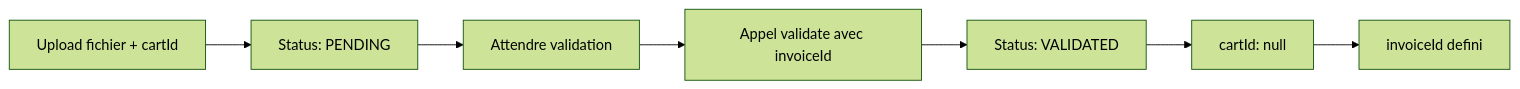
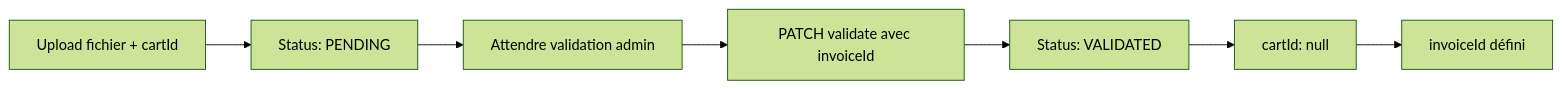
The diagram in PRESCRIPTION_COLLECTION.md (Matsak-com/Matsak-api), drawn with Mermaid (forest theme) before and after one commit. The commit also changed other lines of this file and 7 other files, not shown here.

````diff
--- a/PRESCRIPTION_COLLECTION.md
+++ b/PRESCRIPTION_COLLECTION.md
@@ -138,9 +187,9 @@
 ```mermaid
 graph LR
   A["Upload fichier + cartId"] --> B["Status: PENDING"]
-  B --> C["Attendre validation"]
-  C --> D["Appel validate avec invoiceId"]
+  B --> C["Attendre validation admin"]
+  C --> D["PATCH validate avec invoiceId"]
   D --> E["Status: VALIDATED"]
   E --> F["cartId: null"]
-  F --> G["invoiceId defini"]
+  F --> G["invoiceId défini"]
 ```
````
